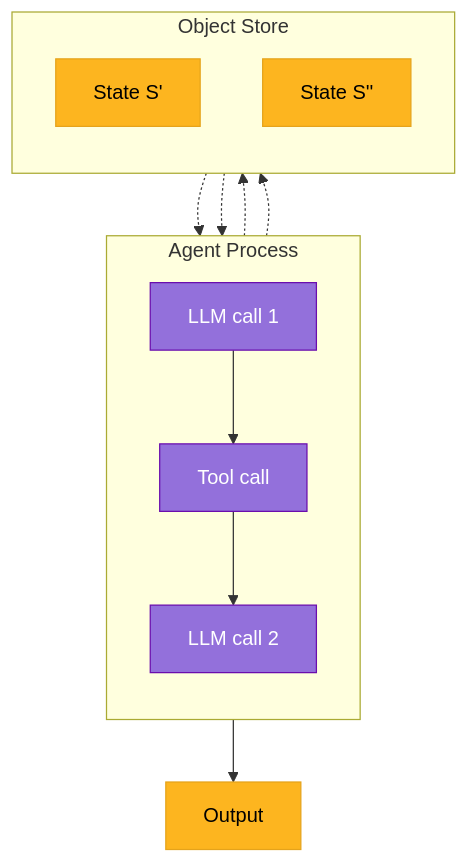
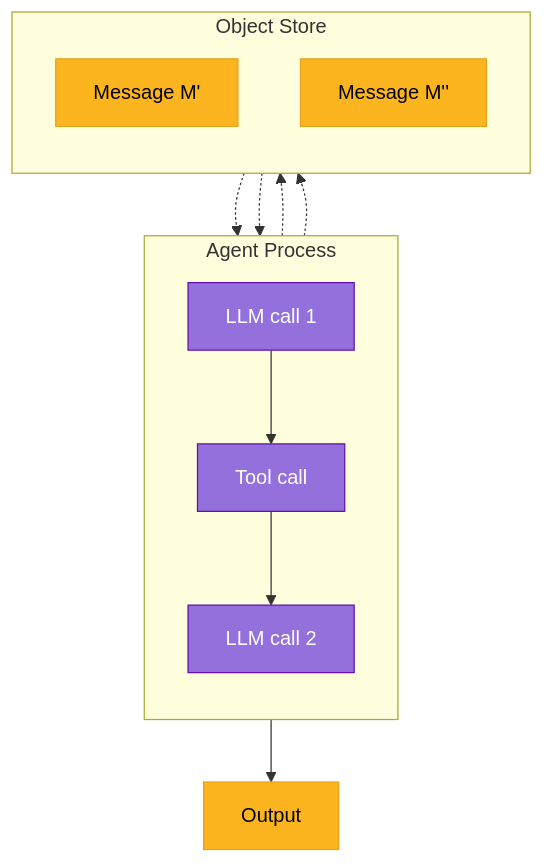
Before and after one commit to unionai-oss/conference-talks: the fifth of 7 diagrams in slides/mlops-south-bay-2026/slides.md, drawn with Mermaid. The commit also changed other lines of this file and 5 other files, not shown here.

````diff
--- a/slides/mlops-south-bay-2026/slides.md
+++ b/slides/mlops-south-bay-2026/slides.md
@@ -397,30 +426,30 @@
 ```mermaid {scale: 0.5}
 flowchart TB
   subgraph agent["Agent Process"]
     direction TB
     C1[LLM call 1]
     T1[Tool call]
     C2[LLM call 2]
 
     C1 --> T1 --> C2
   end
 
   subgraph O["Object Store"]
     direction TB
-    S1[State S']
-    S2[State S'']
+    S1[Message M']
+    S2[Message M'']
   end
 
   C1 -.-> S1
   S1 -.-> T1
   T1 -.-> S2
   S2 -.-> C2
   C2 --> Output
 
   style C1 fill:#9370DB,stroke:#6A0DAD,color:#fff
   style T1 fill:#9370DB,stroke:#6A0DAD,color:#fff
   style C2 fill:#9370DB,stroke:#6A0DAD,color:#fff
   style S1 fill:#FDB51F,stroke:#E5A31B,color:#000
   style S2 fill:#FDB51F,stroke:#E5A31B,color:#000
   style Output fill:#FDB51F,stroke:#E5A31B,color:#000
 ```
````
